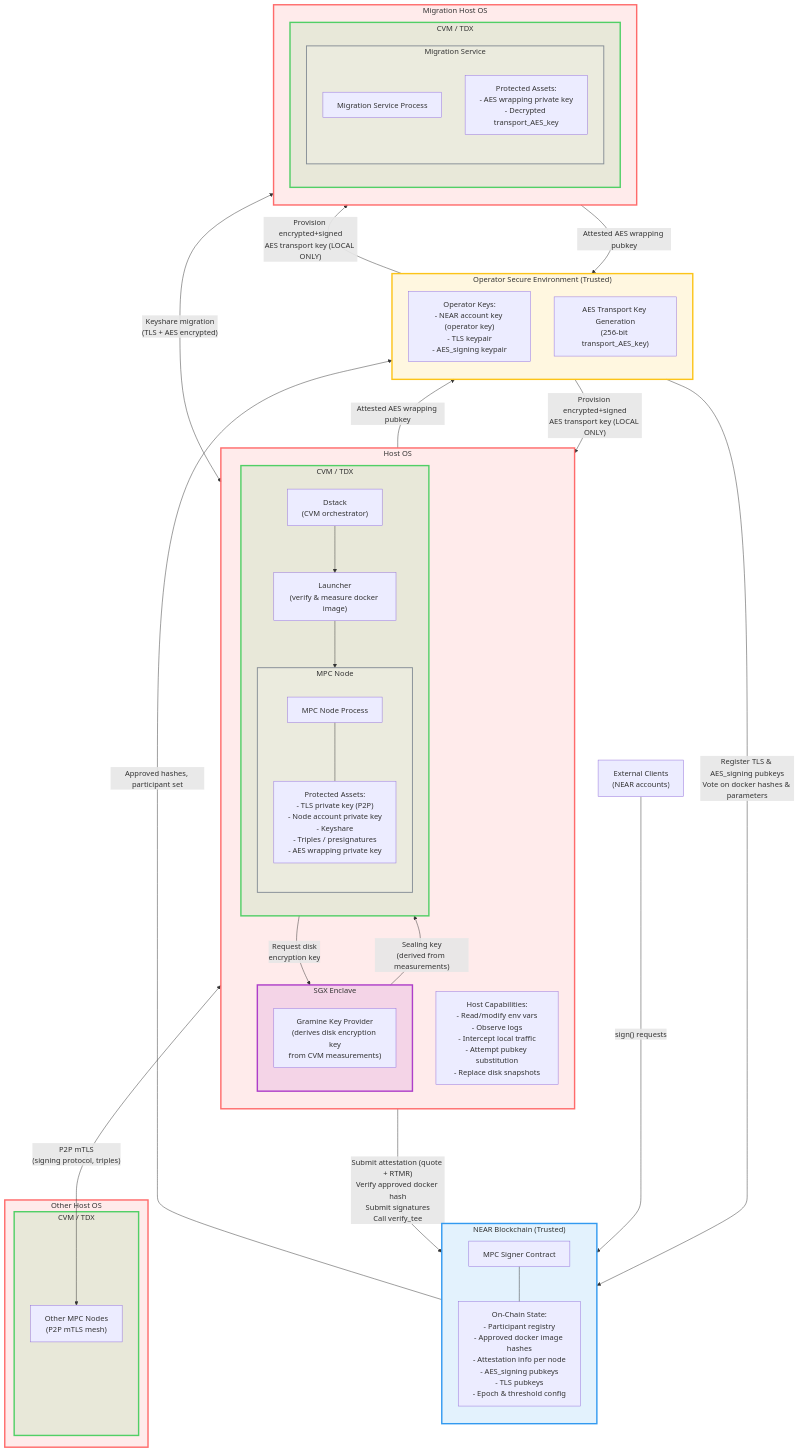
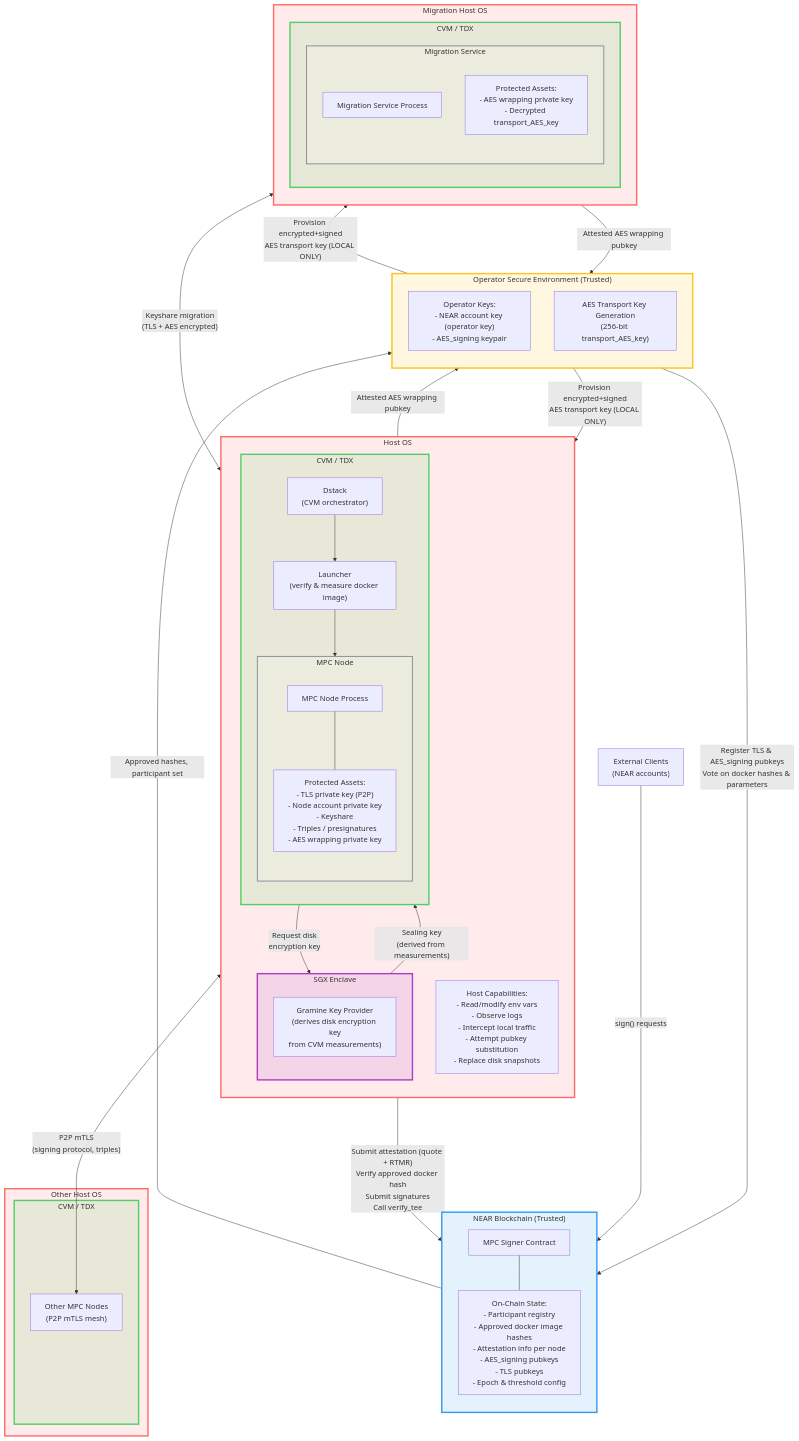
The first of 5 diagrams in docs/threat-model-diagram.md (near/mpc), drawn with Mermaid before and after one commit. The commit also changed other lines of this file, not shown here.

First line of the commit message:
docs: fix inconsistencies in threat model diagram

```diff
--- a/docs/threat-model-diagram.md
+++ b/docs/threat-model-diagram.md
@@ -34,7 +34,7 @@
     %% ───────────────────────────────────────────────
     subgraph OPERATOR["Operator Secure Environment (Trusted)"]
         direction TB
-        OP_KEYS["Operator Keys:<br/>- NEAR account key (operator key)<br/>- TLS keypair<br/>- AES_signing keypair"]
+        OP_KEYS["Operator Keys:<br/>- NEAR account key (operator key)<br/>- AES_signing keypair"]
         AES_GEN["AES Transport Key Generation<br/>(256-bit transport_AES_key)"]
     end
 
```
